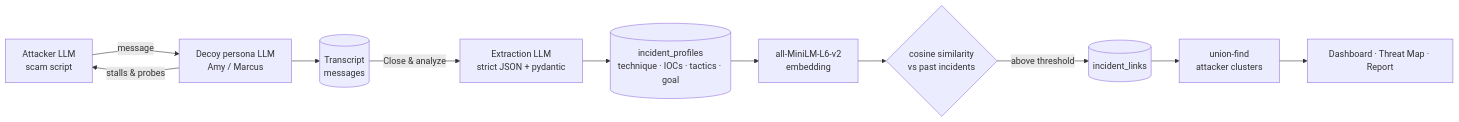
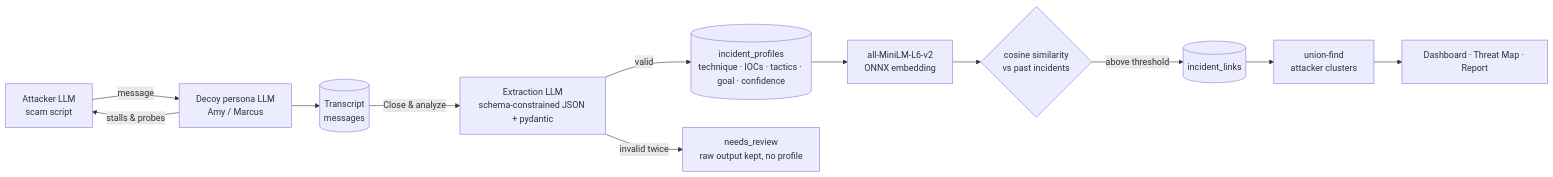
Before and after one commit to ZincProjects/HyperBloom-Hackathon: the first of 2 diagrams in README.md, drawn with Mermaid. The commit also changed other lines of this file and 1 other file, not shown here.

````diff
--- a/README.md
+++ b/README.md
@@ -14,13 +44,14 @@
 ```mermaid
 flowchart LR
     A[Attacker LLM<br/>scam script] -- message --> P[Decoy persona LLM<br/>Amy / Marcus]
     P -- stalls & probes --> A
     P --> T[(Transcript<br/>messages)]
-    T -- Close & analyze --> X[Extraction LLM<br/>strict JSON + pydantic]
-    X --> R[(incident_profiles<br/>technique · IOCs · tactics · goal)]
-    R --> E[all-MiniLM-L6-v2<br/>embedding]
+    T -- Close & analyze --> X[Extraction LLM<br/>schema-constrained JSON + pydantic]
+    X -- valid --> R[(incident_profiles<br/>technique · IOCs · tactics · goal · confidence)]
+    X -- invalid twice --> NR[needs_review<br/>raw output kept, no profile]
+    R --> E[all-MiniLM-L6-v2<br/>ONNX embedding]
     E --> S{cosine similarity<br/>vs past incidents}
     S -- above threshold --> L[(incident_links)]
     L --> U[union-find<br/>attacker clusters]
     U --> D[Dashboard · Threat Map · Report]
 ```
````
